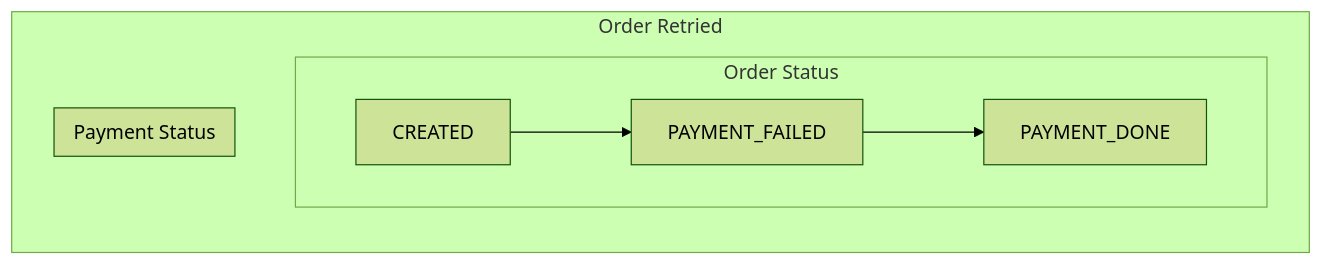
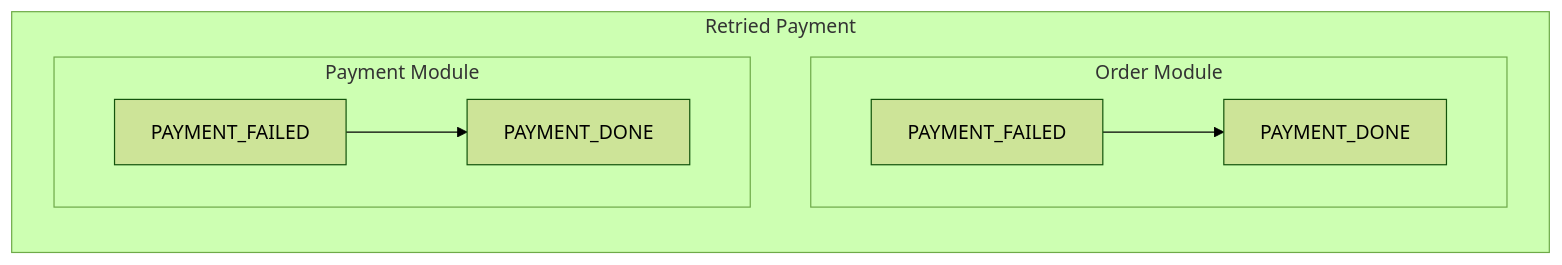
Before and after one commit to codecraft87/order-payment-system: the sixth of 6 diagrams in README.md, drawn with Mermaid (forest theme). The commit also changed other lines of this file, not shown here.

````diff
--- a/README.md
+++ b/README.md
@@ -207,17 +216,12 @@
 ```mermaid
 flowchart LR
-    CREATED --> PAYMENT_FAILED
-    PAYMENT_FAILED --> PAYMENT_DONE
+    subgraph "Retried Payment"
+        subgraph "Order Module"
+            O_FAILED[PAYMENT_FAILED] --> O_DONE[PAYMENT_DONE]
+        end
 
-    subgraph "Order Retried"
-        subgraph "Order Status"
-            CREATED
-            PAYMENT_FAILED
-            PAYMENT_DONE
-        end
-        subgraph "Payment Status"
-            PAYMENT_FAILED
-            PAYMENT_DONE
+        subgraph "Payment Module"
+            P_FAILED[PAYMENT_FAILED] --> P_DONE[PAYMENT_DONE]
         end
     end
 ```
````
